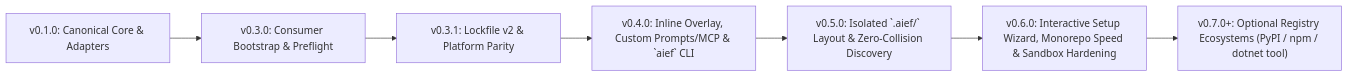
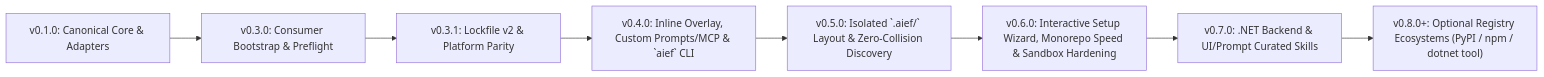
The diagram in docs/ROADMAP.md (Raele24/ai-engineering-framework), drawn with Mermaid before and after one commit. The commit also changed other lines of this file and 73 other files, not shown here.

Commit message:
feat: release v0.7.0 with prompt-master, ui-styling, and backend-dotnet pack

````diff
--- a/docs/ROADMAP.md
+++ b/docs/ROADMAP.md
@@ -9,9 +9,10 @@
 ```mermaid
 flowchart LR
     V01["v0.1.0: Canonical Core & Adapters"] --> V03["v0.3.0: Consumer Bootstrap & Preflight"]
     V03 --> V031["v0.3.1: Lockfile v2 & Platform Parity"]
     V031 --> V04["v0.4.0: Inline Overlay, Custom Prompts/MCP & `aief` CLI"]
     V04 --> V05["v0.5.0: Isolated `.aief/` Layout & Zero-Collision Discovery"]
     V05 --> V06["v0.6.0: Interactive Setup Wizard, Monorepo Speed & Sandbox Hardening"]
-    V06 --> V07["v0.7.0+: Optional Registry Ecosystems (PyPI / npm / dotnet tool)"]
+    V06 --> V07["v0.7.0: .NET Backend & UI/Prompt Curated Skills"]
+    V07 --> V08["v0.8.0+: Optional Registry Ecosystems (PyPI / npm / dotnet tool)"]
 ```
````
